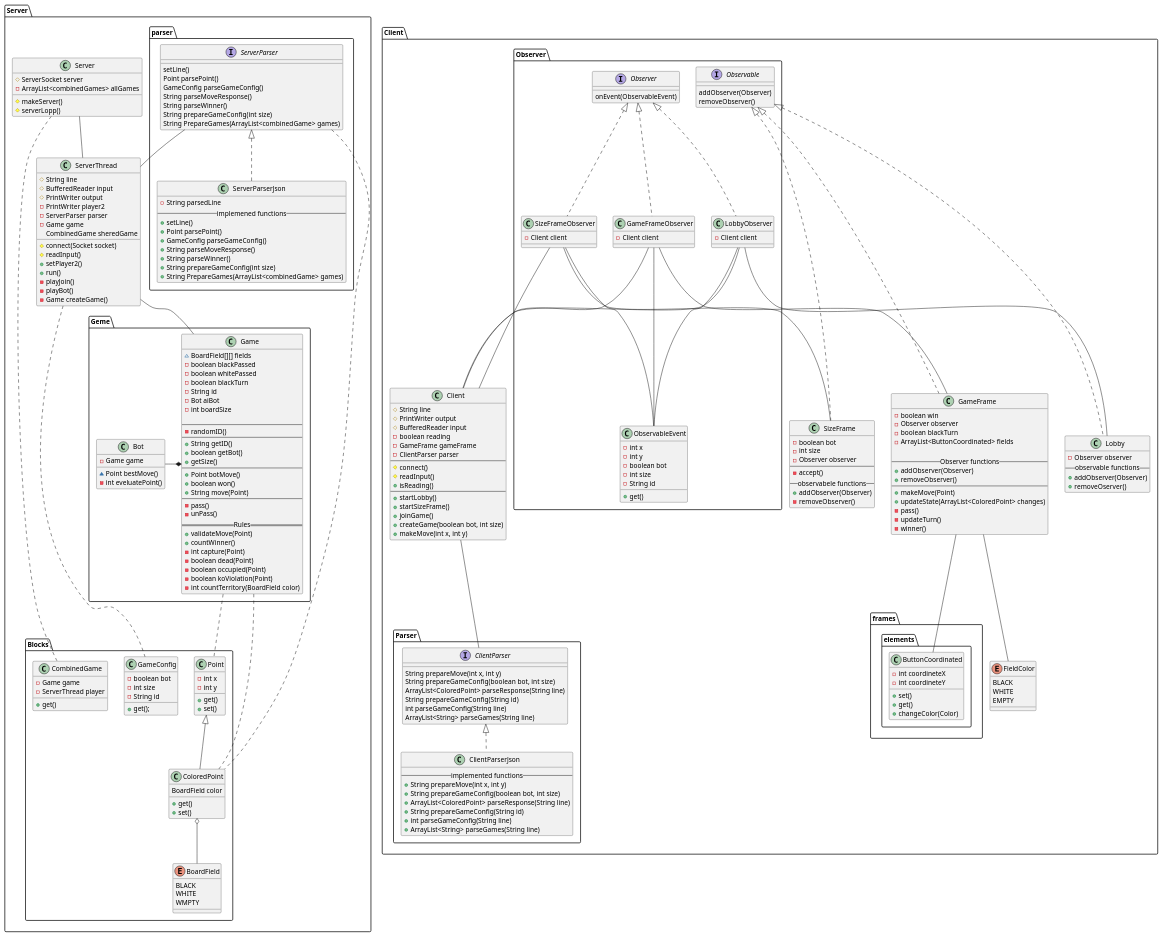
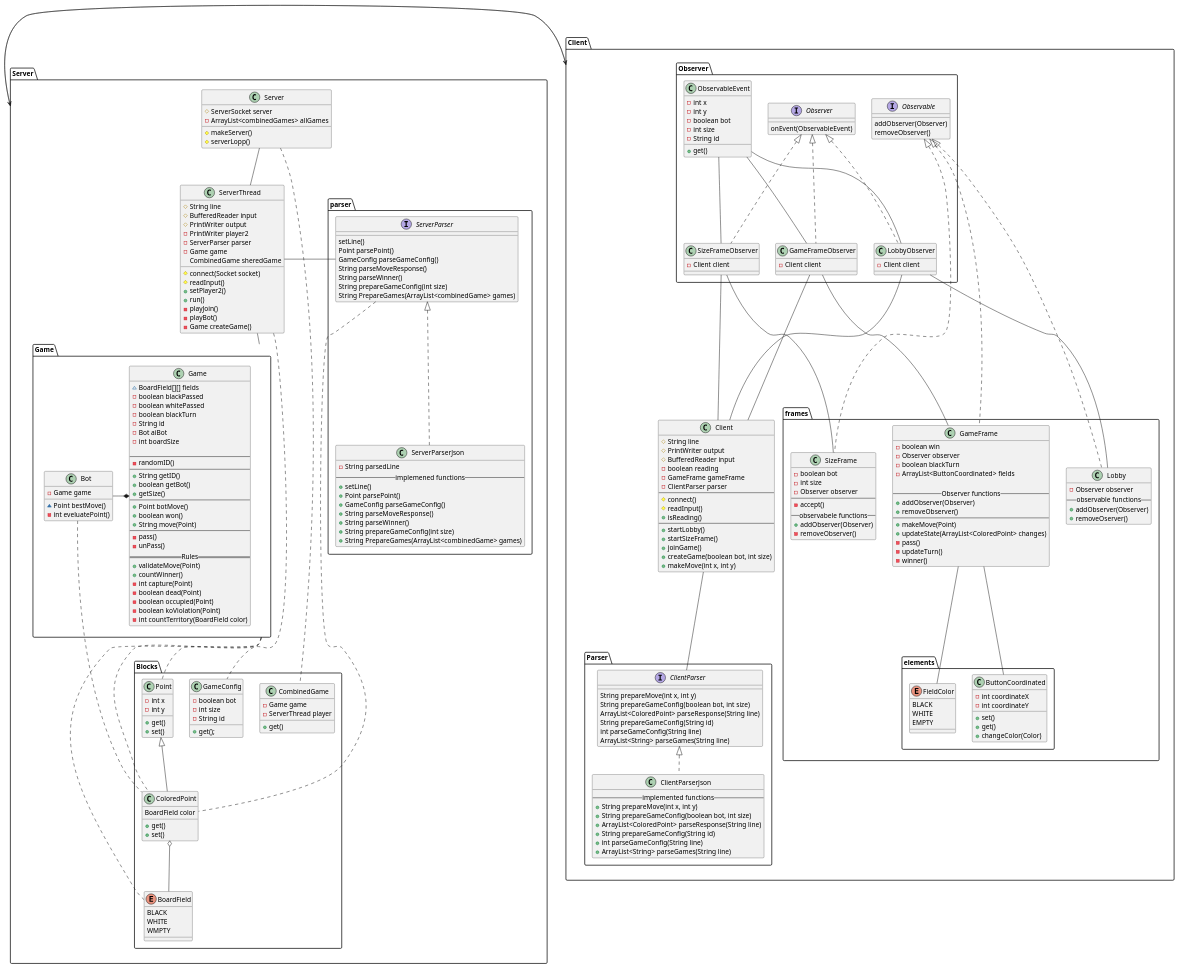
Before and after one commit to buczekxpompa/ProjektTP: the diagram in uml/class.puml, drawn with PlantUML. The commit also changed 1 other file, not shown here.

Commit message:
class uml part 3

```diff
--- a/uml/class.puml
+++ b/uml/class.puml
@@ -24,7 +24,7 @@
         -playBot()
         -Game createGame()
     }
-    package Geme {
+    package Game {
         class Game {
             ~BoardField[][] fields
             -boolean blackPassed
@@ -118,7 +118,7 @@
         Point <|-- ColoredPoint
     }
 
-    ServerParser -- ServerThread
+    ServerParser - ServerThread
     Server -- ServerThread
     ServerThread -- Game
     Game .. Point
@@ -127,6 +127,8 @@
     ServerThread .. GameConfig
     Server .. CombinedGame
     ColoredPoint o-- BoardField
+    Game .. BoardField
+    Bot .. ColoredPoint
 }
 
 package Client {
@@ -197,20 +199,24 @@
         Observer <|.. GameFrameObserver
         Observer <|.. LobbyObserver
         Observer <|.. SizeFrameObserver
-        SizeFrameObserver -- ObservableEvent
-        GameFrameObserver -- ObservableEvent
-        LobbyObserver -- ObservableEvent
+        ObservableEvent -- SizeFrameObserver
+        ObservableEvent -- GameFrameObserver
+        ObservableEvent -- LobbyObserver
     }
     package frames {
         package elements {
             class ButtonCoordinated {
-                -int coordineteX
-                -int coordineteY
+                -int coordinateX
+                -int coordinateY
 
                 +set()
                 +get()
                 +changeColor(Color)
             }
+            enum FieldColor {
+                BLACK
+                WHITE
+                EMPTY
             }
         }
         class GameFrame {
@@ -245,10 +251,7 @@
             +addObserver(Observer)
             -removeObserver()
         }
-            enum FieldColor {
-                BLACK
-                WHITE
-                EMPTY
+
     }
 
     Observable <|.. Lobby
@@ -266,4 +269,7 @@
 
 }
 
+Server <- Client
+Client <- Server
+
 @enduml
```
